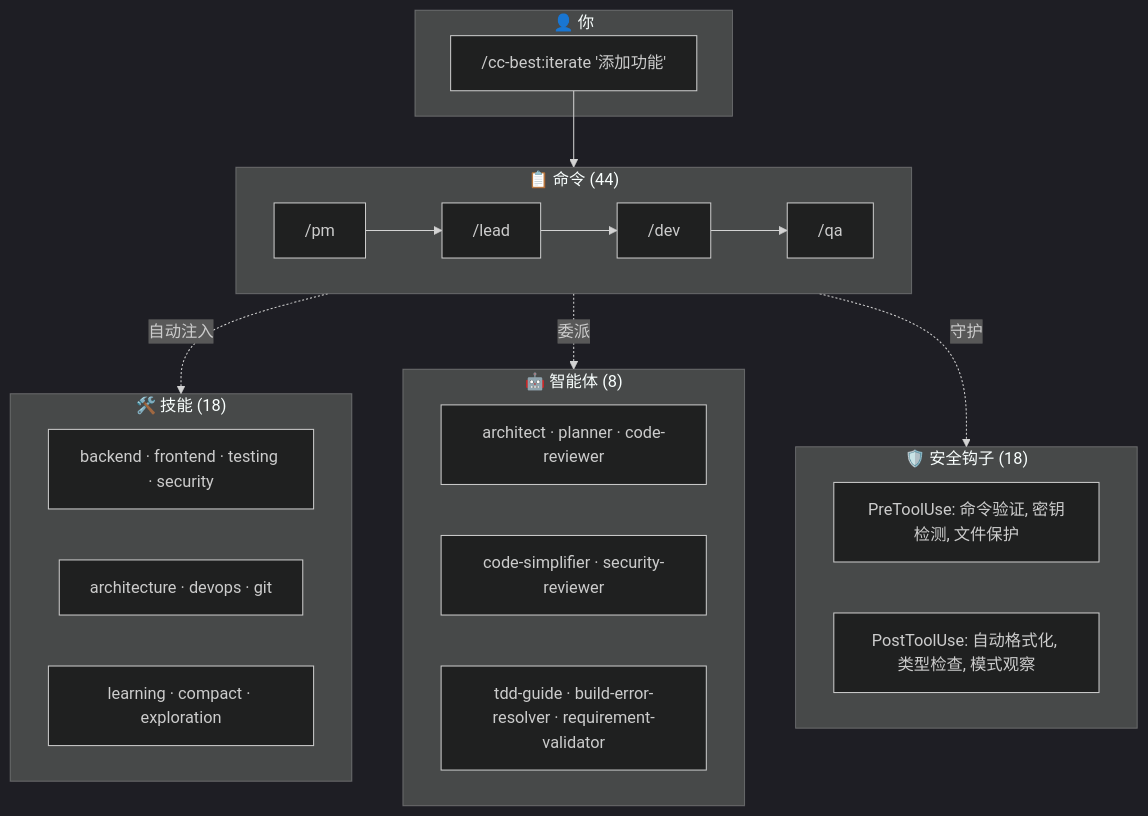
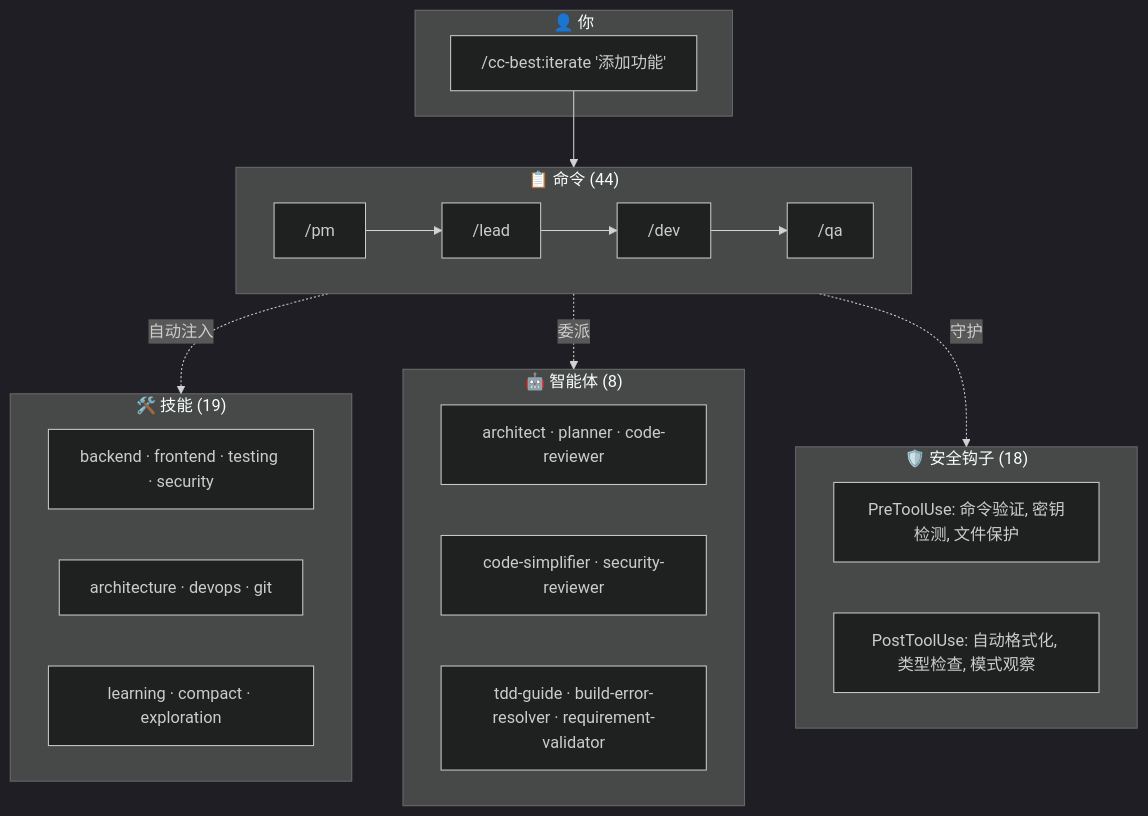
Before and after one commit to xiaobei930/claude-code-best-practices: the second of 2 diagrams in README.zh-CN.md, drawn with Mermaid (dark theme). The commit also changed other lines of this file and 50 other files, not shown here.

````diff
--- a/README.zh-CN.md
+++ b/README.zh-CN.md
@@ -345,32 +347,32 @@
 ```mermaid
 flowchart TB
     subgraph User["👤 你"]
         CMD["/cc-best:iterate '添加功能'"]
     end
 
     subgraph Commands["📋 命令 (44)"]
         PM["/pm"] --> Lead["/lead"] --> Dev["/dev"] --> QA["/qa"]
     end
 
-    subgraph Skills["🛠️ 技能 (18)"]
+    subgraph Skills["🛠️ 技能 (19)"]
         S1["backend · frontend · testing · security"]
         S2["architecture · devops · git"]
         S3["learning · compact · exploration"]
     end
 
     subgraph Agents["🤖 智能体 (8)"]
         A1["architect · planner · code-reviewer"]
         A2["code-simplifier · security-reviewer"]
         A3["tdd-guide · build-error-resolver · requirement-validator"]
     end
 
     subgraph Safety["🛡️ 安全钩子 (18)"]
         H1["PreToolUse: 命令验证, 密钥检测, 文件保护"]
         H2["PostToolUse: 自动格式化, 类型检查, 模式观察"]
     end
 
     CMD --> Commands
     Commands -.->|"自动注入"| Skills
     Commands -.->|"委派"| Agents
     Commands -.->|"守护"| Safety
 ```
````
